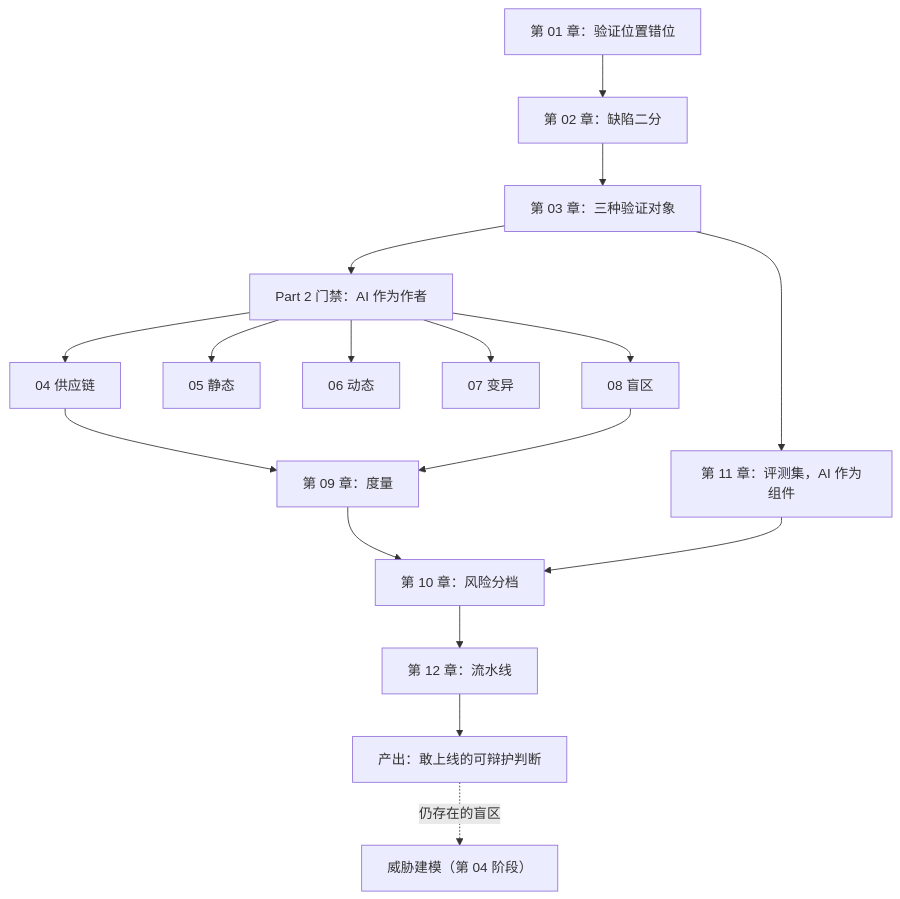
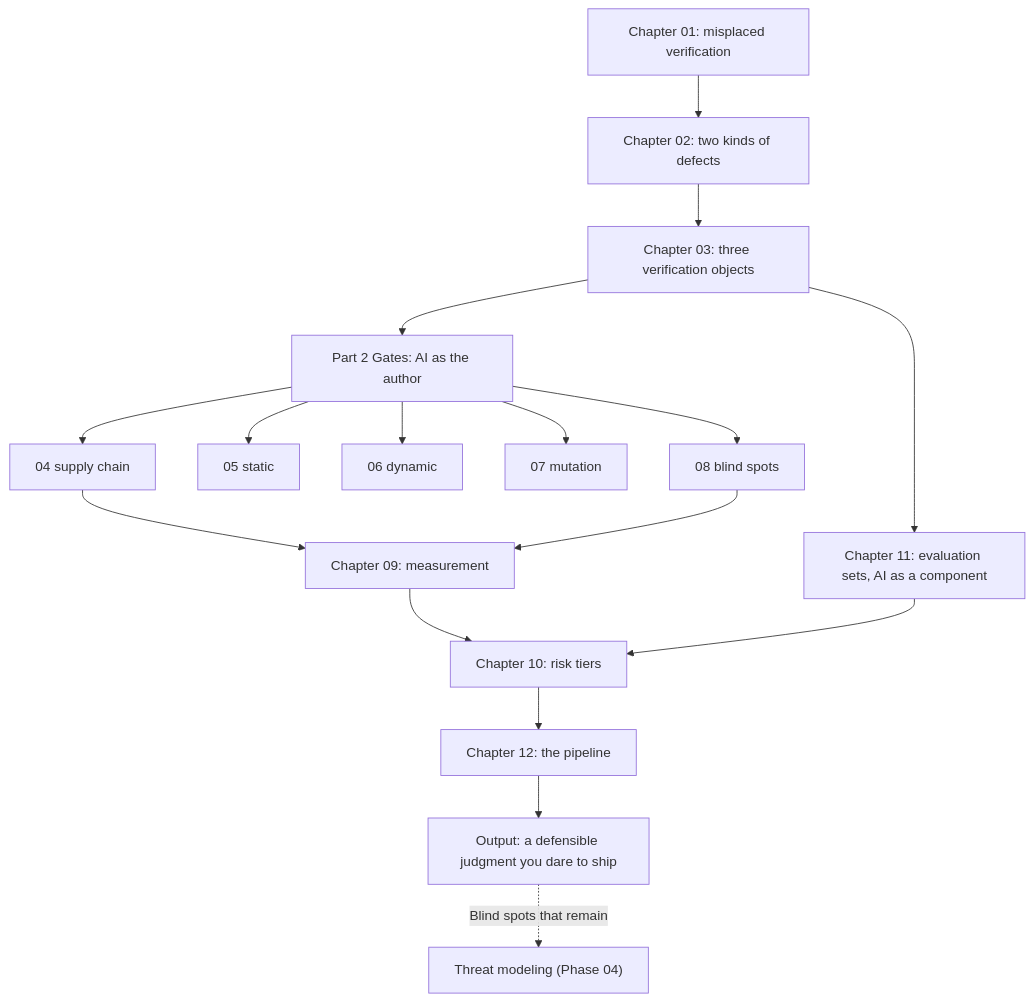
One commit to xzlxiao/vibe-coding-textbook changed the diagram in phase3/chapters/ch12-pipeline.md. Above: the diagram before and after it, drawn with Mermaid. The commit also changed 12 other files, not shown here.

````diff
--- a/phase3/chapters/ch12-pipeline.md
+++ b/phase3/chapters/ch12-pipeline.md
@@ -227,19 +227,19 @@
 ```mermaid
 flowchart TD
-    A["第 01 章：验证位置错位"] --> B["第 02 章：缺陷二分"]
-    B --> C["第 03 章：三种验证对象"]
-    C --> D["Part 2 门禁：AI 作为作者"]
-    C --> E["第 11 章：评测集，AI 作为组件"]
-    D --> D1["04 供应链"]
-    D --> D2["05 静态"]
-    D --> D3["06 动态"]
-    D --> D4["07 变异"]
-    D --> D5["08 盲区"]
-    D1 --> F["第 09 章：度量"]
+    A["Chapter 01: misplaced verification"] --> B["Chapter 02: two kinds of defects"]
+    B --> C["Chapter 03: three verification objects"]
+    C --> D["Part 2 Gates: AI as the author"]
+    C --> E["Chapter 11: evaluation sets, AI as a component"]
+    D --> D1["04 supply chain"]
+    D --> D2["05 static"]
+    D --> D3["06 dynamic"]
+    D --> D4["07 mutation"]
+    D --> D5["08 blind spots"]
+    D1 --> F["Chapter 09: measurement"]
     D5 --> F
-    F --> G["第 10 章：风险分档"]
+    F --> G["Chapter 10: risk tiers"]
     E --> G
-    G --> H["第 12 章：流水线"]
-    H --> I["产出：敢上线的可辩护判断"]
-    I -.->|"仍存在的盲区"| J["威胁建模（第 04 阶段）"]
+    G --> H["Chapter 12: the pipeline"]
+    H --> I["Output: a defensible judgment you dare to ship"]
+    I -.->|"Blind spots that remain"| J["Threat modeling (Phase 04)"]
 ```
````
